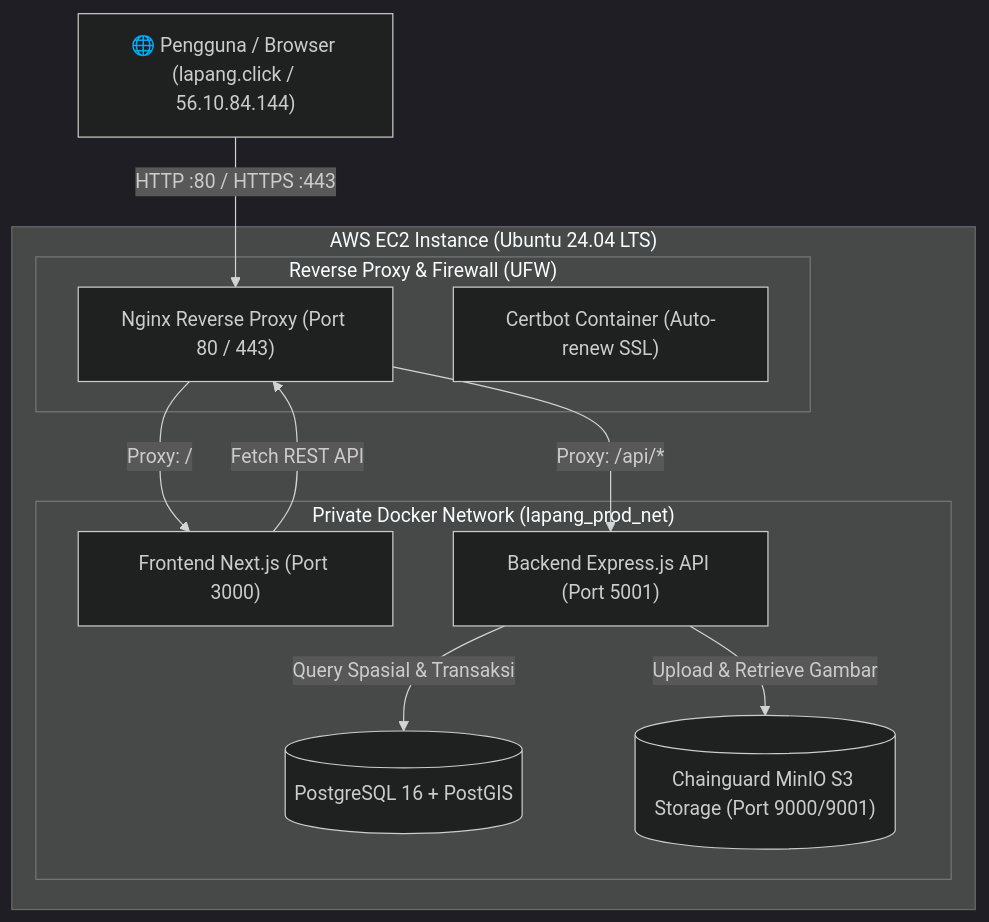
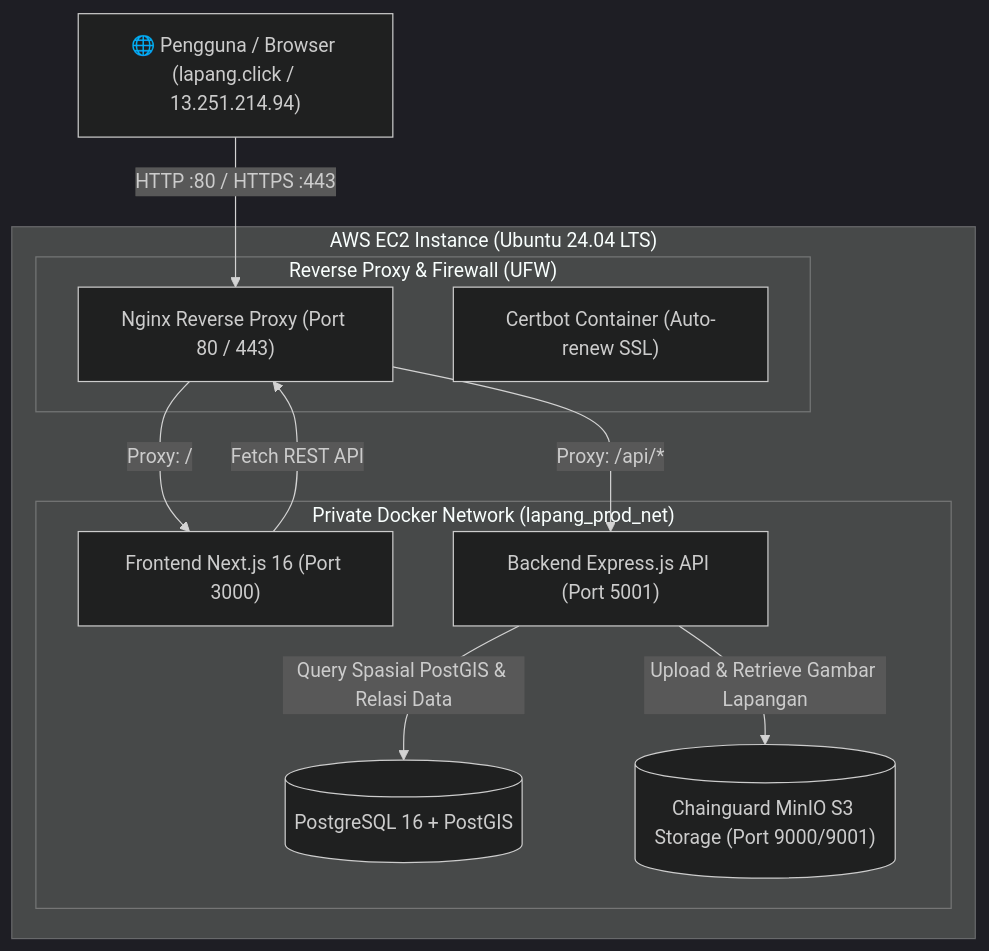
The diagram in DEPLOY.md (rubicode/lapang), drawn with Mermaid (dark theme) before and after one commit. The commit also changed other lines of this file, not shown here.

````diff
--- a/DEPLOY.md
+++ b/DEPLOY.md
@@ -24,25 +27,25 @@
 ```mermaid
 graph TD
-    User["🌐 Pengguna / Browser (lapang.click / 56.10.84.144)"]
+    User["🌐 Pengguna / Browser (lapang.click / 13.251.214.94)"]
     
     subgraph AWS_EC2["AWS EC2 Instance (Ubuntu 24.04 LTS)"]
         subgraph Networking["Reverse Proxy & Firewall (UFW)"]
             Nginx["Nginx Reverse Proxy (Port 80 / 443)"]
             Certbot["Certbot Container (Auto-renew SSL)"]
         end
 
         subgraph DockerNet["Private Docker Network (lapang_prod_net)"]
-            FE["Frontend Next.js (Port 3000)"]
+            FE["Frontend Next.js 16 (Port 3000)"]
             BE["Backend Express.js API (Port 5001)"]
             DB[("PostgreSQL 16 + PostGIS")]
             MinIO[("Chainguard MinIO S3 Storage (Port 9000/9001)")]
         end
     end
 
     User -->|HTTP :80 / HTTPS :443| Nginx
     Nginx -->|Proxy: /| FE
     Nginx -->|Proxy: /api/*| BE
-    BE -->|Query Spasial & Transaksi| DB
-    BE -->|Upload & Retrieve Gambar| MinIO
+    BE -->|Query Spasial PostGIS & Relasi Data| DB
+    BE -->|Upload & Retrieve Gambar Lapangan| MinIO
     FE -->|Fetch REST API| Nginx
 ```
````
